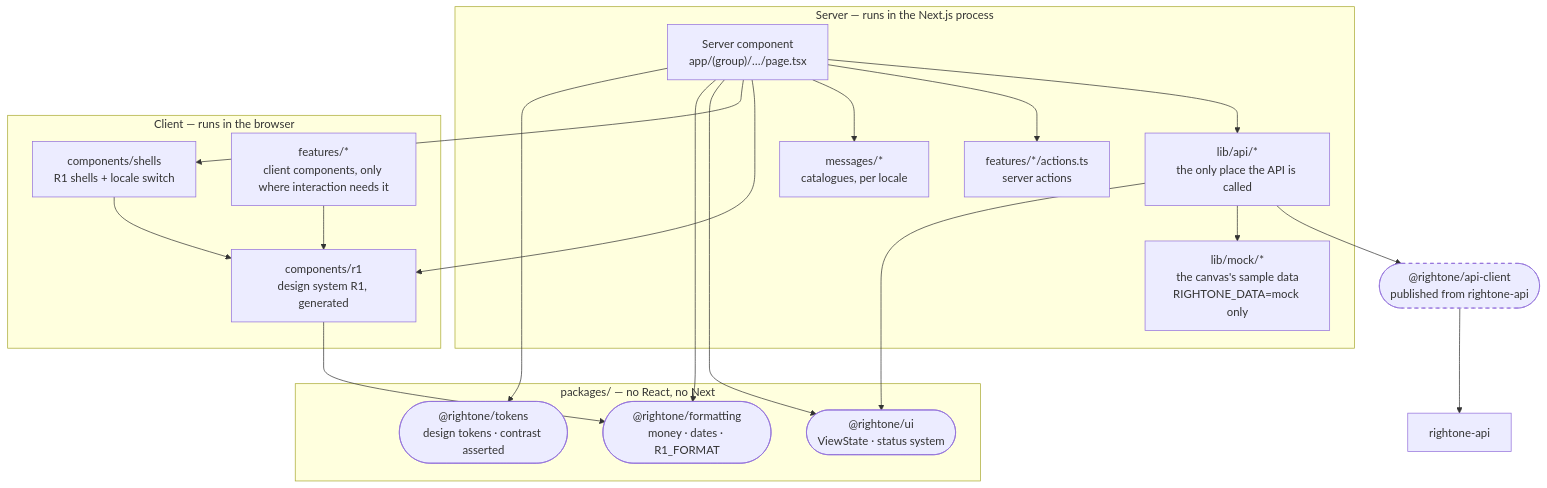
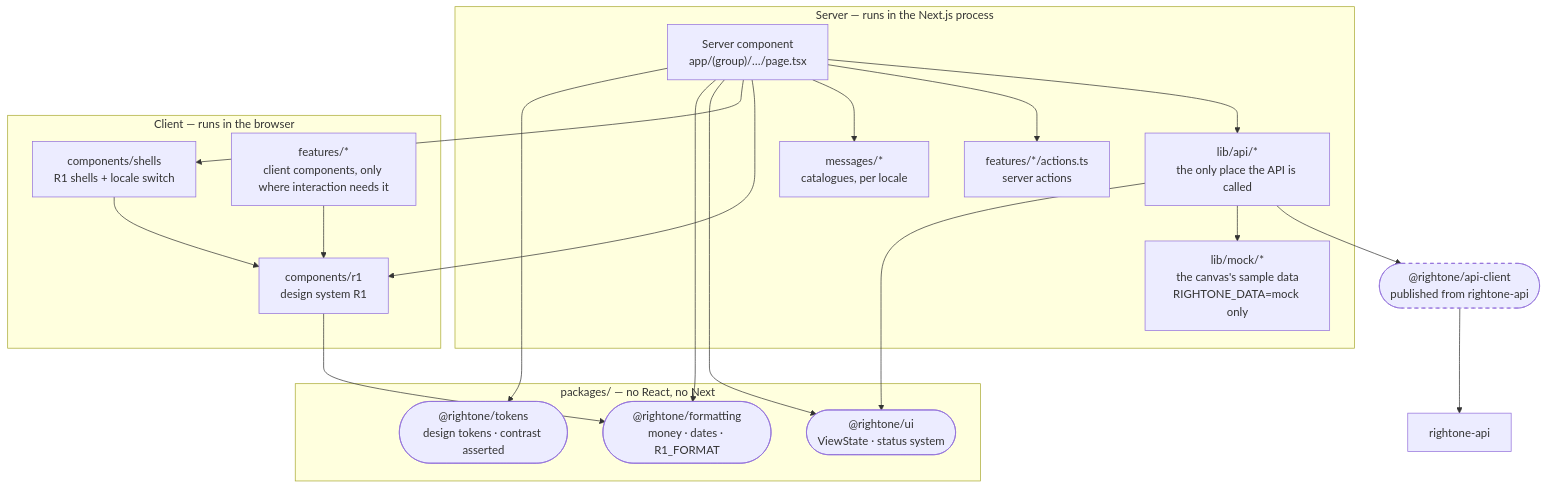
Before and after one commit to vietsy/ringtone-components: the diagram in docs/architecture/layers.md, drawn with Mermaid. The commit also changed other lines of this file and 1135 other files, not shown here.

````diff
--- a/docs/architecture/layers.md
+++ b/docs/architecture/layers.md
@@ -6,41 +6,41 @@
 ```mermaid
 flowchart TB
   subgraph Server["Server — runs in the Next.js process"]
     PAGE["Server component<br/>app/(group)/…/page.tsx"]
     SEAM["lib/api/*<br/>the only place the API is called"]
     MOCK["lib/mock/*<br/>the canvas's sample data<br/>RIGHTONE_DATA=mock only"]
     ACT["features/*/actions.ts<br/>server actions"]
     MSG["messages/*<br/>catalogues, per locale"]
   end
 
   subgraph Client["Client — runs in the browser"]
-    R1["components/r1<br/>design system R1, generated"]
+    R1["components/r1<br/>design system R1"]
     SHELL["components/shells<br/>R1 shells + locale switch"]
     INTER["features/*<br/>client components, only where interaction needs it"]
   end
 
   subgraph Packages["packages/ — no React, no Next"]
     UI(["@rightone/ui<br/>ViewState · status system"])
     FMT(["@rightone/formatting<br/>money · dates · R1_FORMAT"])
     TOK(["@rightone/tokens<br/>design tokens · contrast asserted"])
   end
 
   CLI(["@rightone/api-client<br/>published from rightone-api"])
   API["rightone-api"]
 
   PAGE --> SEAM --> CLI --> API
   SEAM --> MOCK
   PAGE --> ACT
   PAGE --> MSG
   PAGE --> R1
   PAGE --> SHELL --> R1
   PAGE --> UI
   PAGE --> FMT
   SEAM --> UI
   R1 --> FMT
   INTER --> R1
   PAGE --> TOK
 
   classDef pending stroke-dasharray: 5 5
   class CLI pending
 ```
````
